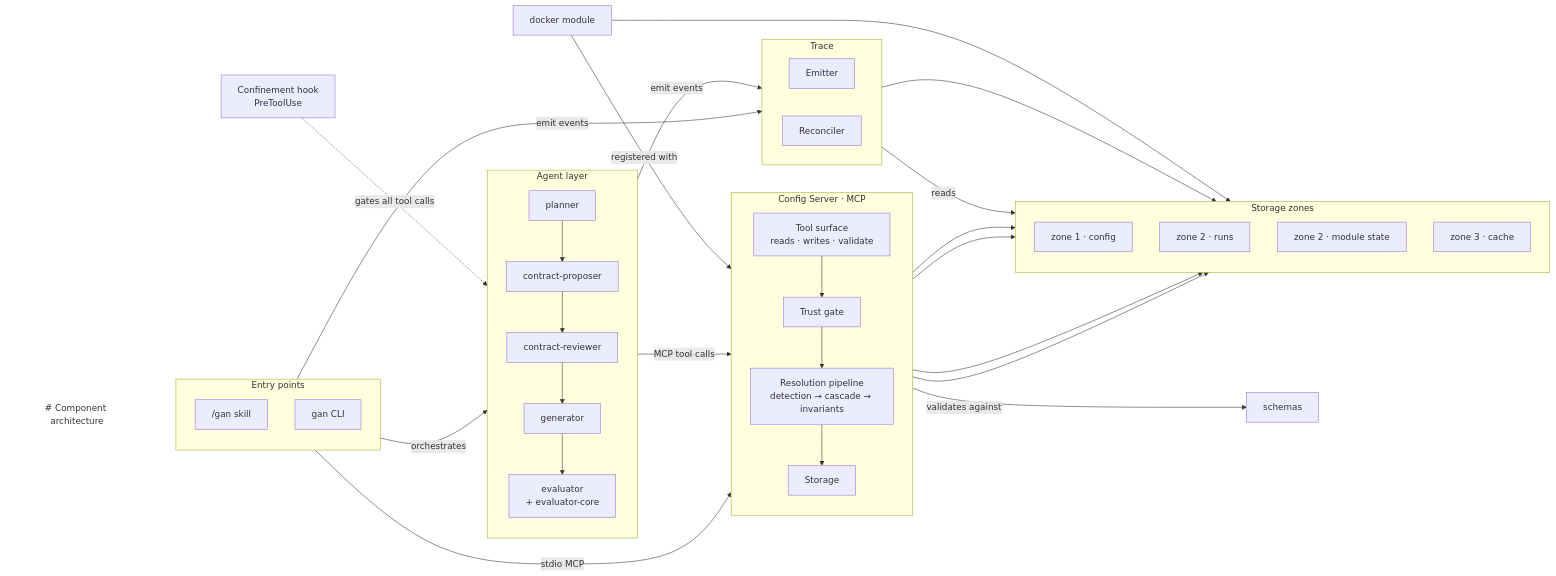
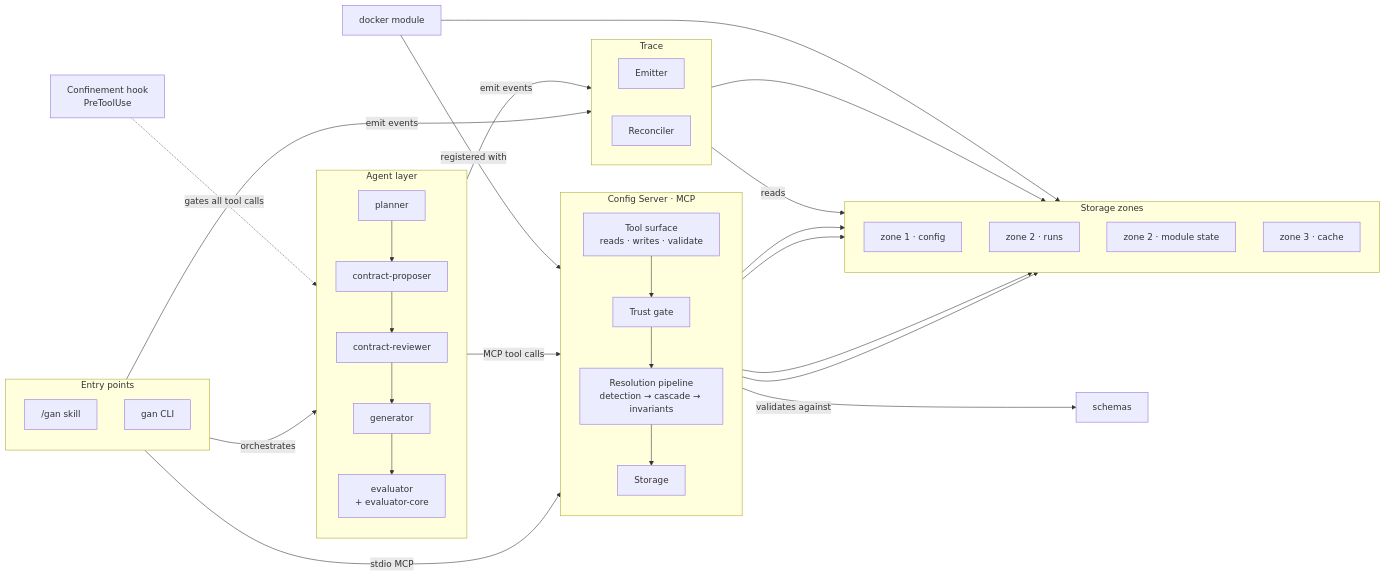
Before and after one commit to Thomas-AppForceOne/ClaudeAgents: the first of 5 diagrams in documentation/subsystem-architecture.md, drawn with Mermaid. The commit also changed other lines of this file, not shown here.

Commit message:
docs: remove all in-diagram titles

````diff
--- a/documentation/subsystem-architecture.md
+++ b/documentation/subsystem-architecture.md
@@ -8,58 +8,54 @@
 ```mermaid
 flowchart LR
-    TITLE["`# Component architecture`"]
-    style TITLE fill:none,stroke:none
-
     subgraph ENTRY["Entry points"]
         direction TB
         SKILL["/gan skill"]
         CLI["gan CLI"]
     end
 
     HOOK["Confinement hook\nPreToolUse"]
 
     subgraph AL["Agent layer"]
         direction TB
         PL["planner"] --> CP["contract-proposer"] --> CR["contract-reviewer"] --> GN["generator"] --> EV["evaluator\n+ evaluator-core"]
     end
 
     subgraph CS["Config Server · MCP"]
         direction TB
         MT["Tool surface\nreads · writes · validate"]
         TG["Trust gate"]
         RP["Resolution pipeline\ndetection → cascade → invariants"]
         ST["Storage"]
         MT --> TG --> RP --> ST
     end
 
     SCH["schemas"]
     DK["docker module"]
 
     subgraph TR["Trace"]
         direction LR
         EM["Emitter"]
         RC["Reconciler"]
     end
 
     subgraph ZN["Storage zones"]
         direction TB
         Z1["zone 1 · config"]
         Z2R["zone 2 · runs"]
         Z2M["zone 2 · module state"]
         Z3["zone 3 · cache"]
     end
 
-    TITLE      ~~~ ENTRY
     SKILL      -->|"orchestrates"| AL
     CLI        -->|"stdio MCP"| MT
     HOOK      -.->|"gates all tool calls"| AL
     AL         -->|"MCP tool calls"| MT
     DK         -->|"registered with"| MT
     RP         -->|"validates against"| SCH
     ST         --> Z1 & Z2R & Z2M & Z3
     SKILL      -->|"emit events"| EM
     AL         -->|"emit events"| EM
     EM         --> Z2R
     RC         -->|"reads"| Z2R
     DK         --> Z2M
 ```
````
